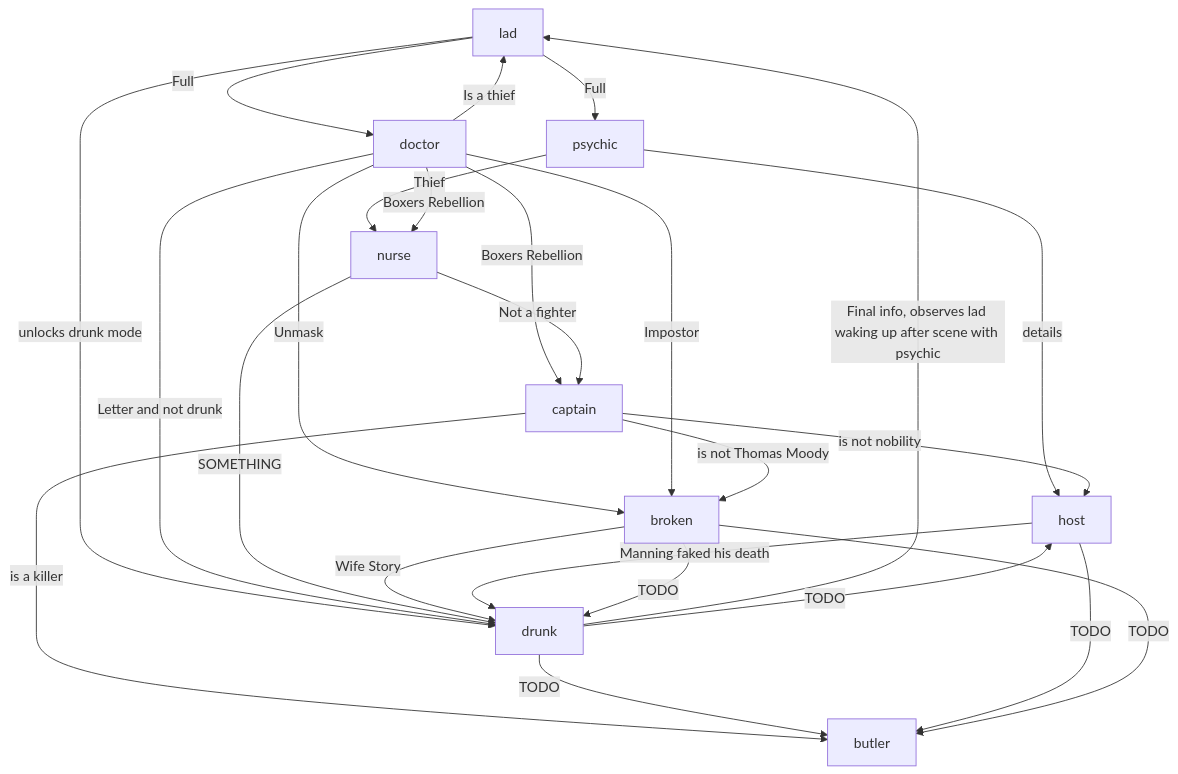
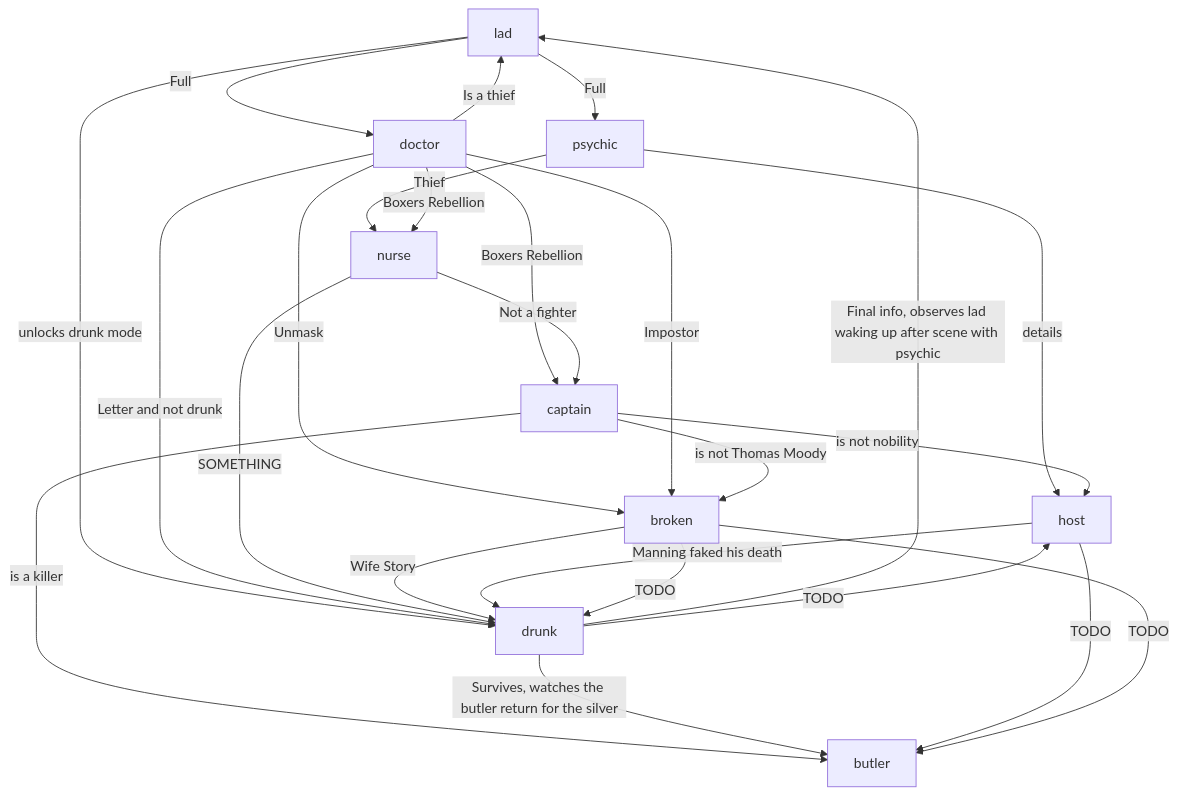
Before and after one commit to olivierpierre85/ClaythornManor: the diagram in docs/game_story/unlock.md, drawn with Mermaid. The commit also changed other lines of this file and 18 other files, not shown here.

````diff
--- a/docs/game_story/unlock.md
+++ b/docs/game_story/unlock.md
@@ -5,27 +5,27 @@
 ```mermaid
 graph TD;
     lad -->|Full| doctor;
     lad -->|Full| psychic;
     lad -->|unlocks drunk mode| drunk;
     psychic -->|Thief| nurse;
     psychic -->|details| host;
     doctor -->|Boxers Rebellion | nurse;
     doctor -->|Boxers Rebellion| captain;
     doctor -->|Letter and not drunk| drunk;
     doctor -->|Unmask| broken;
     doctor -->|Is a thief| lad;
     doctor -->|Impostor| broken;
     nurse -->|Not a fighter| captain;
     nurse -->|SOMETHING| drunk;
     captain -->|is not nobility| host;
     captain -->|is not Thomas Moody| broken;
     broken -->|Wife Story| drunk;
     drunk -->|Final info, observes lad waking up after scene with psychic| lad;
     captain -->|is a killer| butler;
-    drunk -->|TODO| butler;
+    drunk -->|Survives, watches the butler return for the silver| butler;
     drunk -->|TODO| host;
     host -->|Manning faked his death| drunk;
     host -->|TODO| butler;
     broken -->|TODO| butler;
     broken -->|TODO| drunk;
 ```
````
